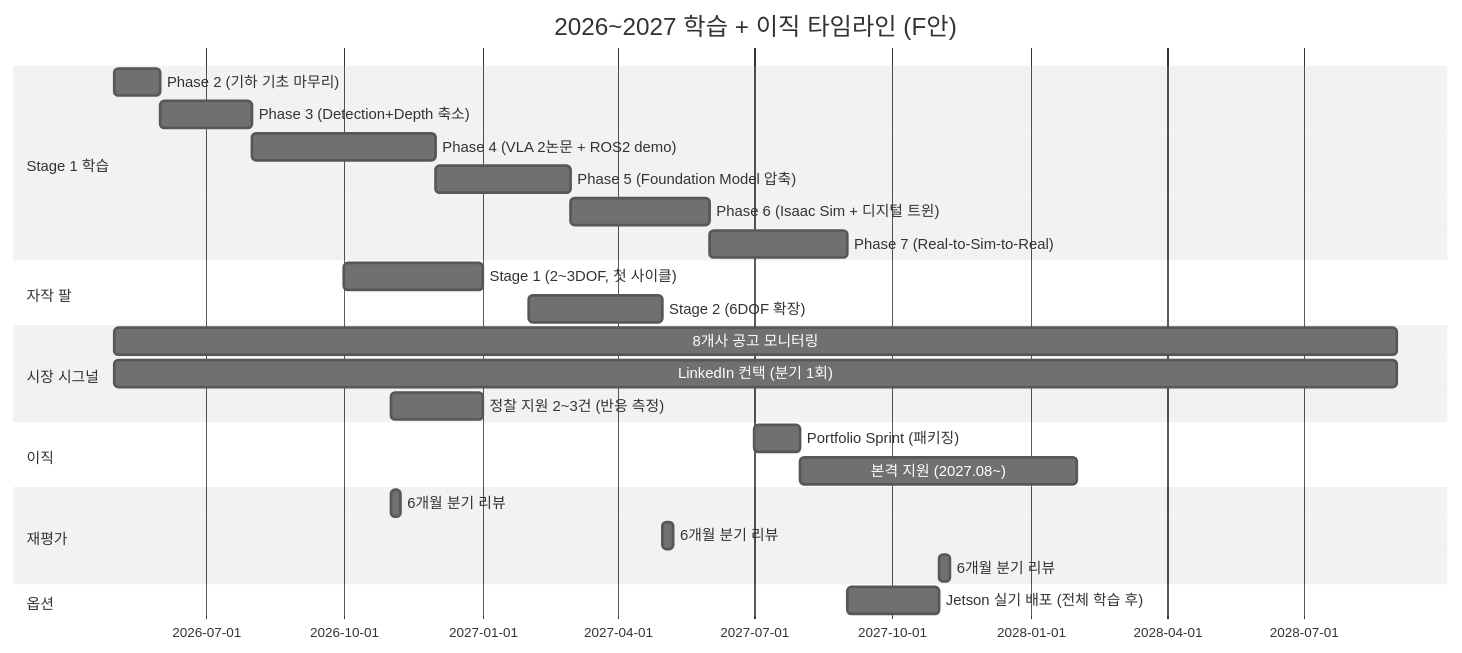
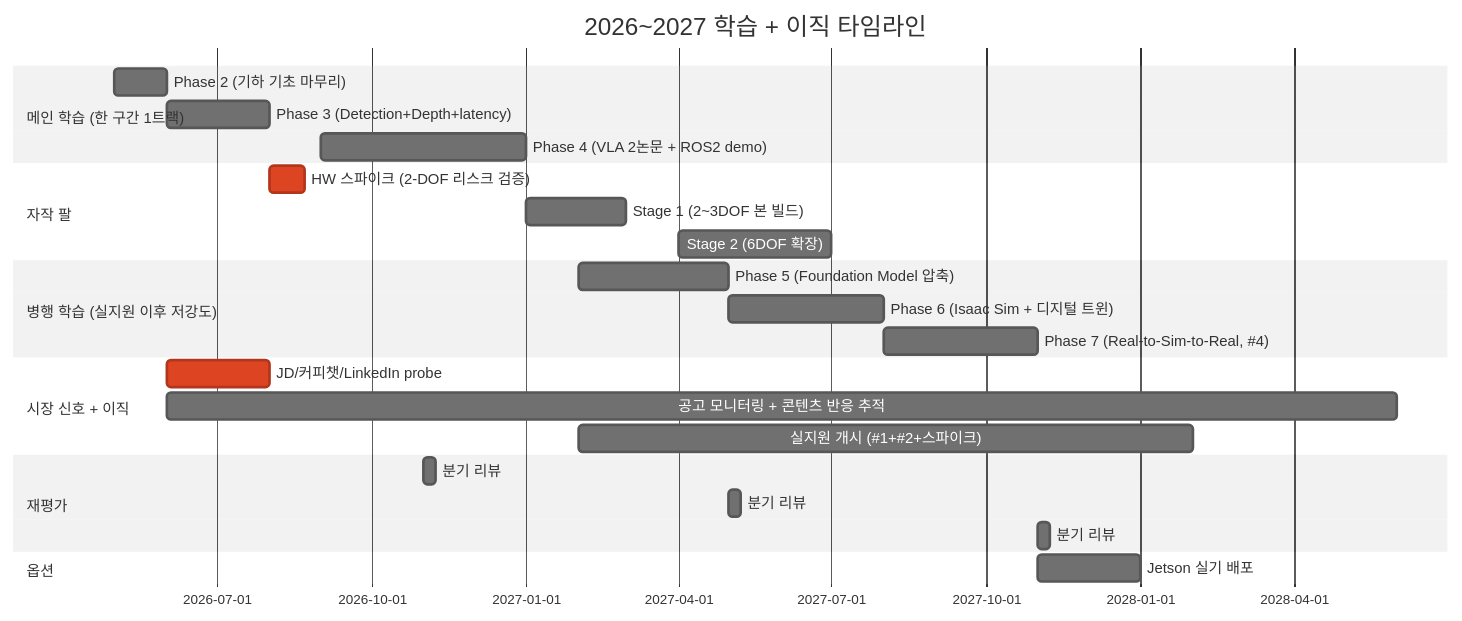
One commit to tylee-yeonge/physical-ai-study changed the diagram in README.md. Above: the diagram before and after it, drawn with Mermaid (neutral theme). The commit also changed other lines of this file and 56 other files, not shown here.

First line of the commit message:
docs: revise roadmap timeline and align study materials

````diff
--- a/README.md
+++ b/README.md
@@ -26,28 +29,27 @@
 ```mermaid
 gantt
-    title 2026~2027 학습 + 이직 타임라인 (F안)
+    title 2026~2027 학습 + 이직 타임라인
     dateFormat YYYY-MM
-    section Stage 1 학습
+    section 메인 학습 (한 구간 1트랙)
     Phase 2 (기하 기초 마무리) :a1, 2026-05, 1M
-    Phase 3 (Detection+Depth 축소) :a2, after a1, 2M
-    Phase 4 (VLA 2논문 + ROS2 demo) :a3, after a2, 4M
-    Phase 5 (Foundation Model 압축) :a4, after a3, 3M
-    Phase 6 (Isaac Sim + 디지털 트윈) :a5, after a4, 3M
-    Phase 7 (Real-to-Sim-to-Real) :a6, after a5, 3M
+    Phase 3 (Detection+Depth+latency) :a2, after a1, 2M
+    Phase 4 (VLA 2논문 + ROS2 demo) :a3, 2026-09, 4M
     section 자작 팔
-    Stage 1 (2~3DOF, 첫 사이클) :h1, 2026-10, 3M
-    Stage 2 (6DOF 확장) :h2, 2027-02, 3M
-    section 시장 시그널
-    8개사 공고 모니터링 :info, 2026-05, 28M
-    LinkedIn 컨택 (분기 1회) :info2, 2026-05, 28M
-    정찰 지원 2~3건 (반응 측정) :scout, 2026-11, 2M
-    section 이직
-    Portfolio Sprint (패키징) :b1, 2027-07, 1M
-    본격 지원 (2027.08~) :b2, 2027-08, 6M
+    HW 스파이크 (2-DOF 리스크 검증) :crit, h0, 2026-08, 3w
+    Stage 1 (2~3DOF 본 빌드) :h1, 2027-01, 2M
+    Stage 2 (6DOF 확장) :h2, 2027-04, 3M
+    section 병행 학습 (실지원 이후 저강도)
+    Phase 5 (Foundation Model 압축) :a4, 2027-02, 3M
+    Phase 6 (Isaac Sim + 디지털 트윈) :a5, 2027-05, 3M
+    Phase 7 (Real-to-Sim-to-Real, #4) :a6, 2027-08, 3M
+    section 시장 신호 + 이직
+    JD/커피챗/LinkedIn probe :crit, sig, 2026-06, 2M
+    공고 모니터링 + 콘텐츠 반응 추적 :info, 2026-06, 24M
+    실지원 개시 (#1+#2+스파이크) :b2, 2027-02, 12M
     section 재평가
-    6개월 분기 리뷰 :rev1, 2026-11, 1w
-    6개월 분기 리뷰 :rev2, 2027-05, 1w
-    6개월 분기 리뷰 :rev3, 2027-11, 1w
+    분기 리뷰 :rev1, 2026-11, 1w
+    분기 리뷰 :rev2, 2027-05, 1w
+    분기 리뷰 :rev3, 2027-11, 1w
     section 옵션
-    Jetson 실기 배포 (전체 학습 후) :opt, 2027-09, 2M
+    Jetson 실기 배포 :opt, 2027-11, 2M
 ```
````
